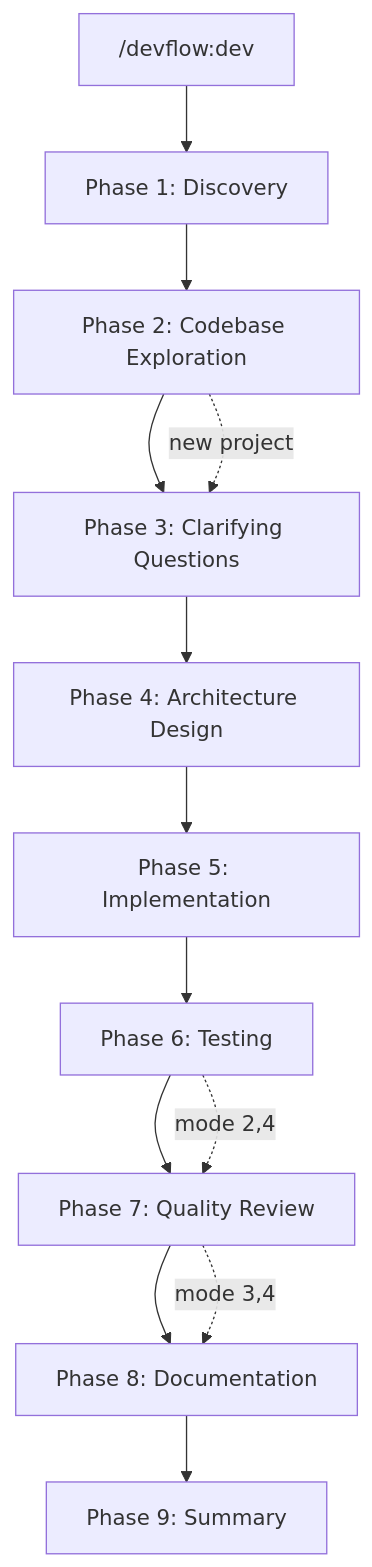
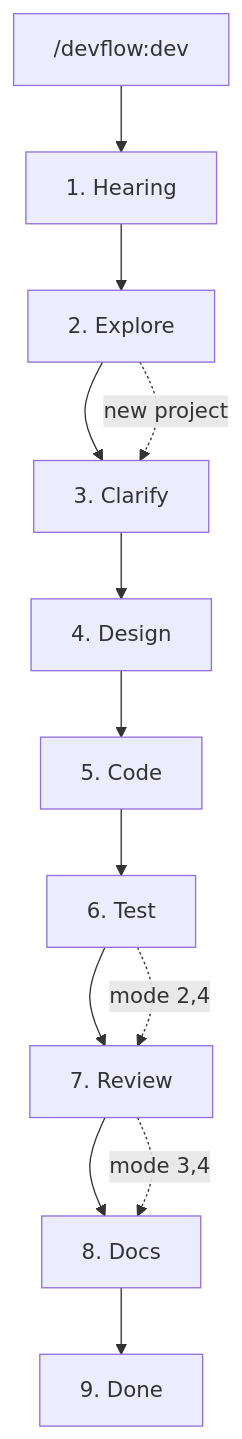
One commit to shumatsumonobu/dotagents changed the diagram in plugins/devflow/README.md. Above: the diagram before and after it, drawn with Mermaid. The commit also changed other lines of this file and 7 other files, not shown here.

````diff
--- a/plugins/devflow/README.md
+++ b/plugins/devflow/README.md
@@ -97,16 +67,16 @@
 ```mermaid
 flowchart TD
-    A["/devflow:dev"] --> B["Phase 1: Discovery"]
-    B --> C["Phase 2: Codebase Exploration"]
-    C --> D["Phase 3: Clarifying Questions"]
-    D --> E["Phase 4: Architecture Design"]
-    E --> F["Phase 5: Implementation"]
-    F --> G["Phase 6: Testing"]
-    G --> H["Phase 7: Quality Review"]
-    H --> I["Phase 8: Documentation"]
-    I --> J["Phase 9: Summary"]
+    A["/devflow:dev"] --> B["1. Hearing"]
+    B --> C["2. Explore"]
+    C --> D["3. Clarify"]
+    D --> E["4. Design"]
+    E --> F["5. Code"]
+    F --> G["6. Test"]
+    G --> H["7. Review"]
+    H --> I["8. Docs"]
+    I --> J["9. Done"]
 
     C -. "new project" .-> D
     G -. "mode 2,4" .-> H
     H -. "mode 3,4" .-> I
 ```
````
